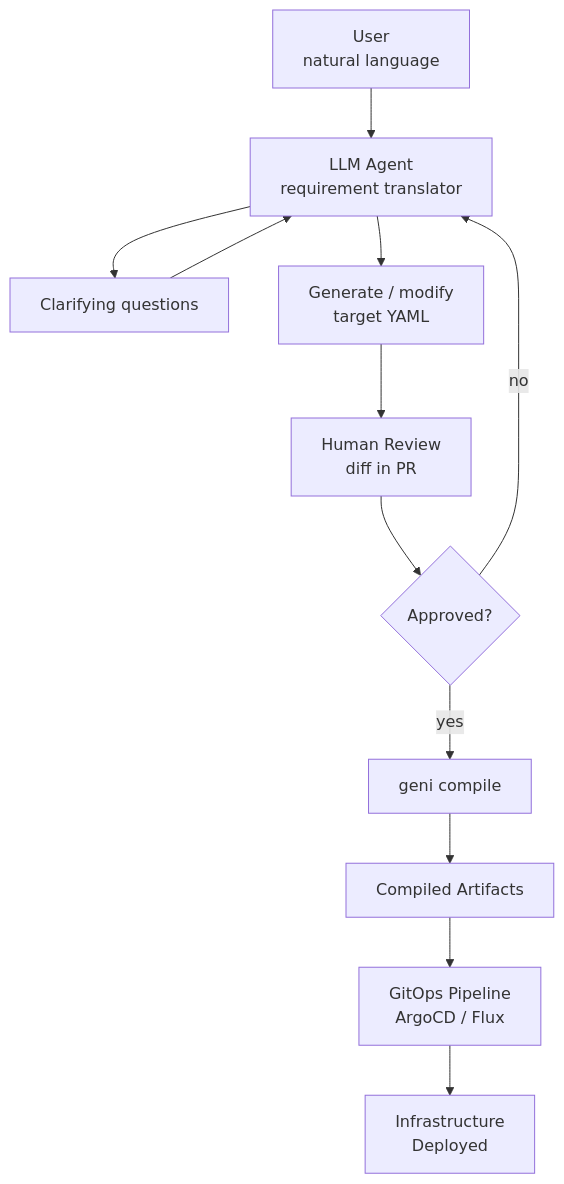
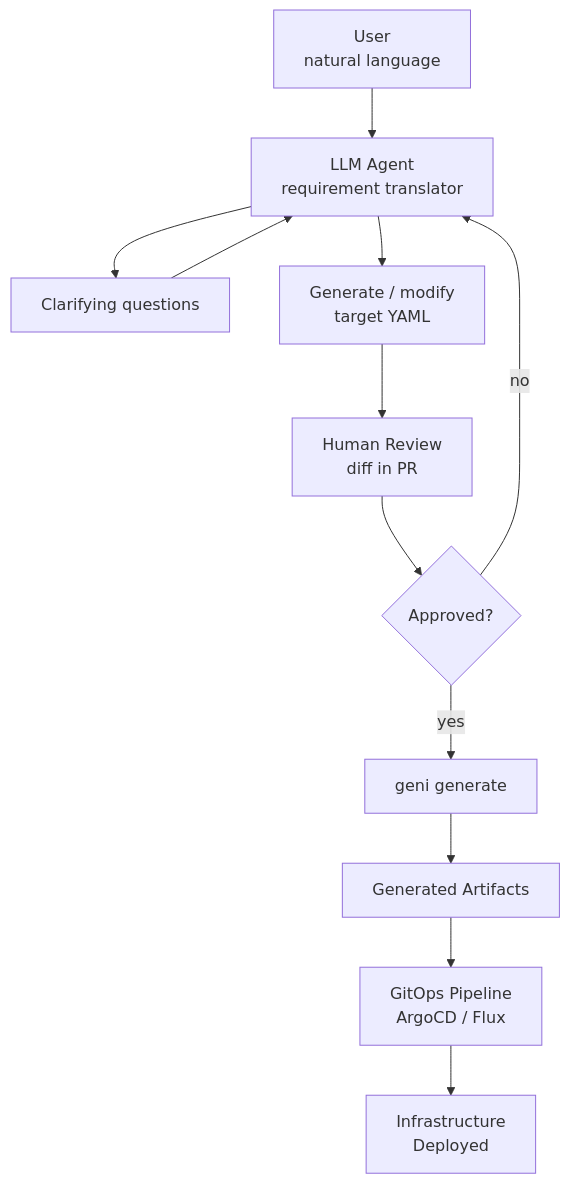
One commit to AgathEmmanuel/geni changed diagram 15 of 16 in ARCHITECTURE.md. Above: the diagram before and after it, drawn with Mermaid. The commit also changed other lines of this file and 46 other files, not shown here.

````diff
--- a/ARCHITECTURE.md
+++ b/ARCHITECTURE.md
@@ -469,21 +512,21 @@
 ```mermaid
 flowchart TD
     User["User<br/>natural language"]
     Agent["LLM Agent<br/>requirement translator"]
     Interview["Clarifying questions"]
-    Generate["Generate / modify<br/>target YAML"]
+    GenerateYAML["Generate / modify<br/>target YAML"]
     Review["Human Review<br/>diff in PR"]
     Approved{Approved?}
-    Compile["geni compile"]
-    Artifacts["Compiled Artifacts"]
+    Generate["geni generate"]
+    Artifacts["Generated Artifacts"]
     GitOps["GitOps Pipeline<br/>ArgoCD / Flux"]
     Deploy["Infrastructure<br/>Deployed"]
 
     User --> Agent
     Agent --> Interview --> Agent
-    Agent --> Generate --> Review
+    Agent --> GenerateYAML --> Review
     Review --> Approved
-    Approved -->|yes| Compile
+    Approved -->|yes| Generate
     Approved -->|no| Agent
-    Compile --> Artifacts --> GitOps --> Deploy
+    Generate --> Artifacts --> GitOps --> Deploy
 ```
````
